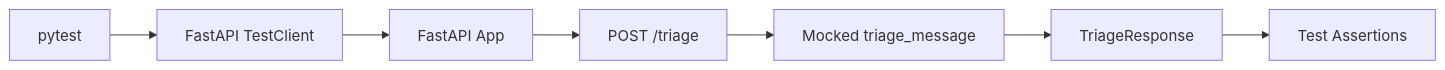
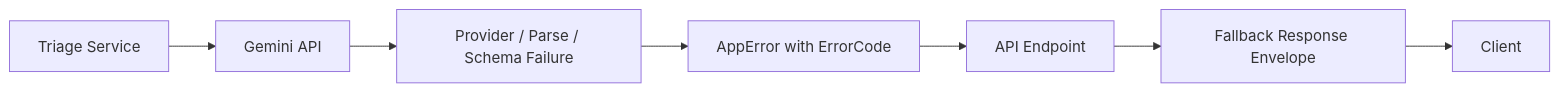
The second of 2 diagrams in README.md (blue-monkey0/llm-support-triage-api), drawn with Mermaid before and after one commit. The commit also changed other lines of this file, not shown here.

````diff
--- a/README.md
+++ b/README.md
@@ -140,9 +122,9 @@
 ```mermaid
 flowchart LR
-    Pytest[pytest] --> TestClient[FastAPI TestClient]
-    TestClient --> FastAPI[FastAPI App]
-    FastAPI --> Endpoint[POST /triage]
-    Endpoint --> MockedService[Mocked triage_message]
-    MockedService --> Response[TriageResponse]
-    Response --> Assertions[Test Assertions]
+    Service[Triage Service] --> Gemini[Gemini API]
+    Gemini --> Failure[Provider / Parse / Schema Failure]
+    Failure --> AppError[AppError with ErrorCode]
+    AppError --> Endpoint[API Endpoint]
+    Endpoint --> Envelope[Fallback Response Envelope]
+    Envelope --> Client[Client]
 ```
````
